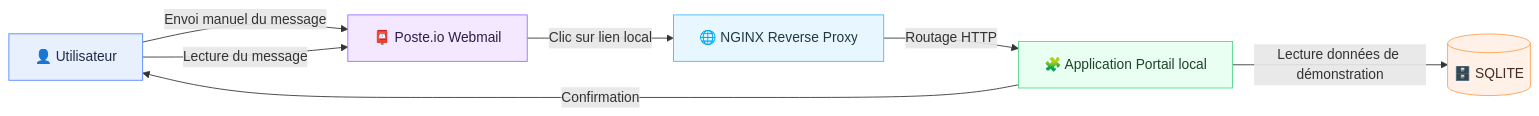
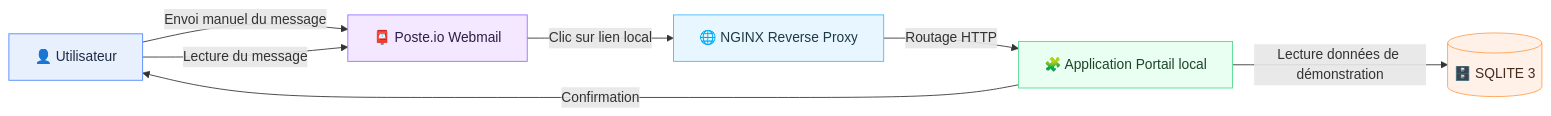
Before and after one commit to Alidrix/L_ATELIER: the first of 2 diagrams in README.md, drawn with Mermaid. The commit also changed other lines of this file, not shown here.

````diff
--- a/README.md
+++ b/README.md
@@ -9,21 +9,21 @@
 ```mermaid
 flowchart LR
   classDef user fill:#E8F0FE,stroke:#4F83FF,color:#1F2A44;
   classDef mail fill:#F3E8FF,stroke:#9B6BFF,color:#2A1F44;
   classDef web fill:#E8F7FF,stroke:#3FB8FF,color:#1F3A44;
   classDef app fill:#E8FFF1,stroke:#4FD88B,color:#1F442A;
   classDef db fill:#FFF1E8,stroke:#FF9F4F,color:#442A1F;
 
   U[👤 Utilisateur]:::user
   M[📮 Poste.io Webmail]:::mail
   N[🌐 NGINX Reverse Proxy]:::web
   A[🧩 Application Portail local]:::app
-  D[(🗄️ SQLITE)]:::db
+  D[(🗄️ SQLITE 3)]:::db
 
   U -->|Envoi manuel du message| M
   U -->|Lecture du message| M
   M -->|Clic sur lien local| N
   N -->|Routage HTTP| A
   A -->|Lecture données de démonstration| D
   A -->|Confirmation| U
 ```
````
